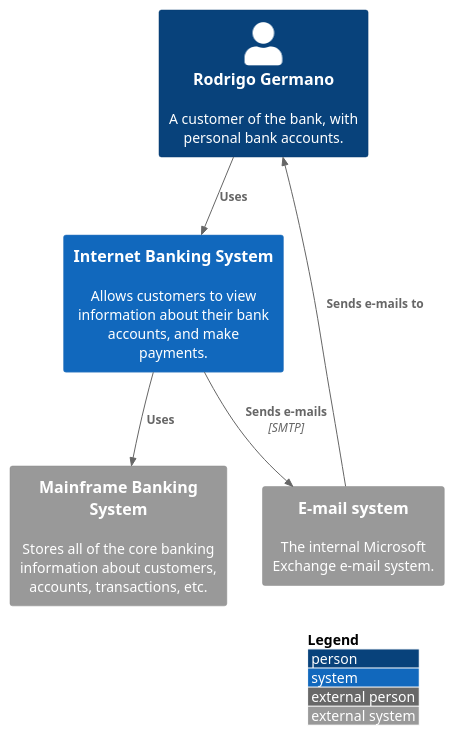
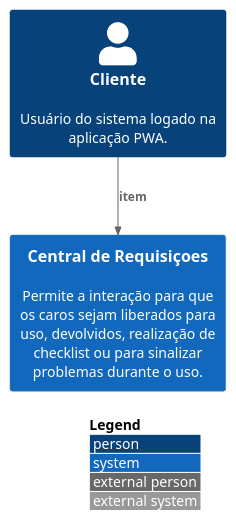
One commit to felipementel/c4-model-builder changed the diagram in src/context.puml. Above: the diagram before and after it, drawn with PlantUML. The commit also changed 9 other files, not shown here.

```diff
--- a/src/context.puml
+++ b/src/context.puml
@@ -1,15 +1,15 @@
 @startuml
 !include https://raw.githubusercontent.com/adrianvlupu/C4-PlantUML/latest/C4_Context.puml
 
 LAYOUT_WITH_LEGEND()
 
-Person(pbc, "Rodrigo Germano", "A customer of the bank, with personal bank accounts.")
-System(ibs, "Internet Banking System", "Allows customers to view information about their bank accounts, and make payments.")
-System_Ext(es, "E-mail system", "The internal Microsoft Exchange e-mail system.")
-System_Ext(mbs, "Mainframe Banking System", "Stores all of the core banking information about customers, accounts, transactions, etc.")
+Person(cl, "Cliente", "Usuário do sistema logado na aplicação PWA.")
+System(cr, "Central de Requisiçoes", "Permite a interação para que os caros sejam liberados para uso, devolvidos, realização de checklist ou para sinalizar problemas durante o uso.")
+'System_Ext(es, "E-mail system", "The internal Microsoft Exchange e-mail system.")
+'System_Ext(mbs, "Mainframe Banking System", "Stores all of the core banking information about customers, accounts, transactions, etc.")
 
-Rel(pbc, ibs, "Uses")
-Rel(es, pbc, "Sends e-mails to")
-Rel(ibs, es, "Sends e-mails", "SMTP")
-Rel(ibs, mbs, "Uses")
+Rel(cl, cr, "item")
+'Rel(es, pbc, "Sends e-mails to")
+'Rel(ibs, es, "Sends e-mails", "SMTP")
+'Rel(ibs, mbs, "Uses")
 @enduml
```
